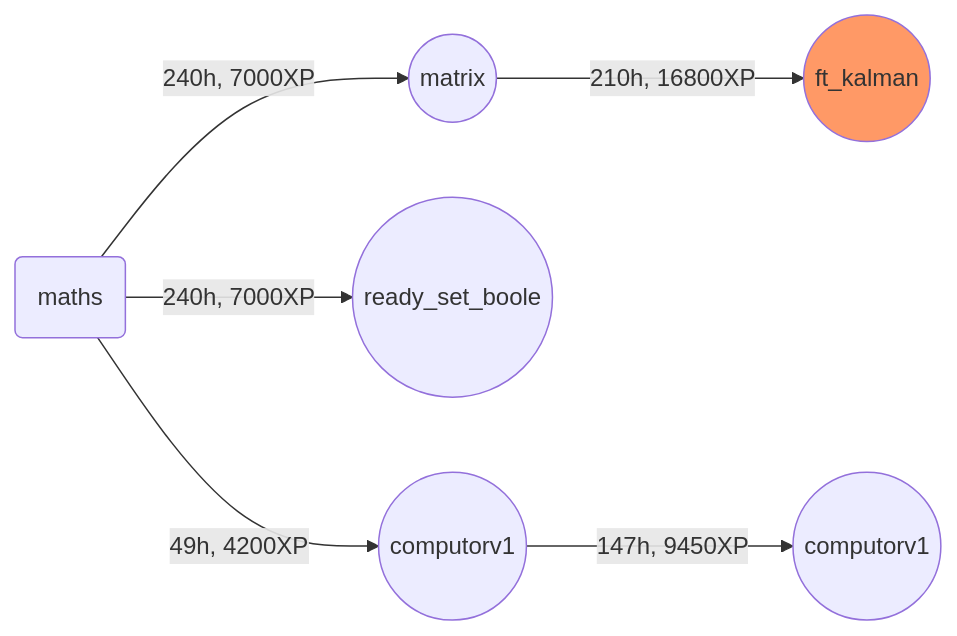
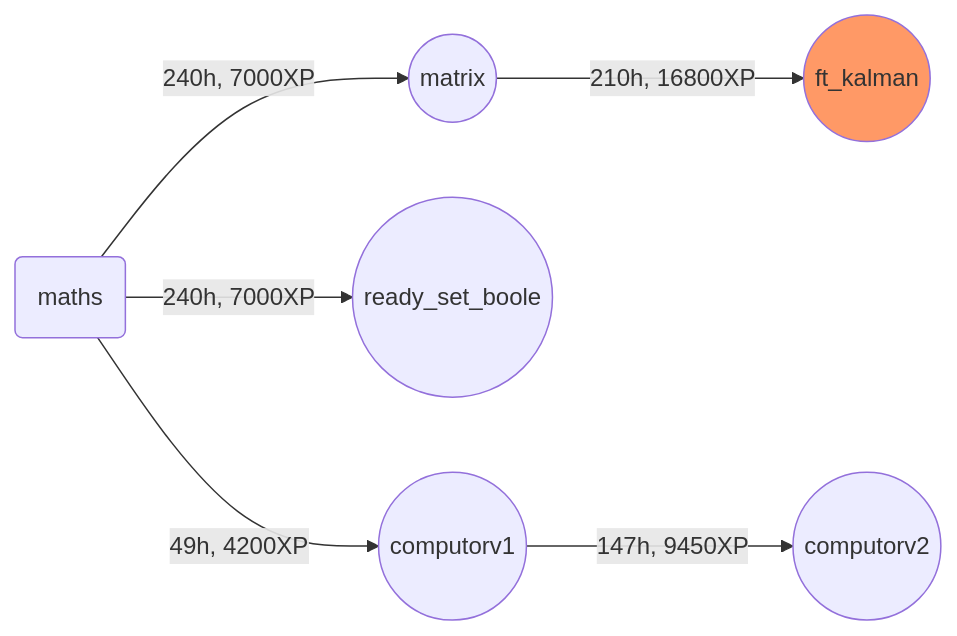
Before and after one commit to jmcheon/maths_branch: the third of 3 diagrams in README.md, drawn with Mermaid. The commit also changed other lines of this file, not shown here.

````diff
--- a/README.md
+++ b/README.md
@@ -33,9 +33,9 @@
 ```mermaid
 flowchart LR
 	0(maths) --240h, 7000XP--> A((matrix))
 	B((ft_kalman)):::group
 	A --210h, 16800XP --> B
 	0 --240h, 7000XP--> E((ready_set_boole))
-	0 --49h, 4200XP--> C((computorv1)) -- 147h, 9450XP --> D((computorv1))
+	0 --49h, 4200XP--> C((computorv1)) -- 147h, 9450XP --> D((computorv2))
     classDef group fill:#f96
 ```
````
